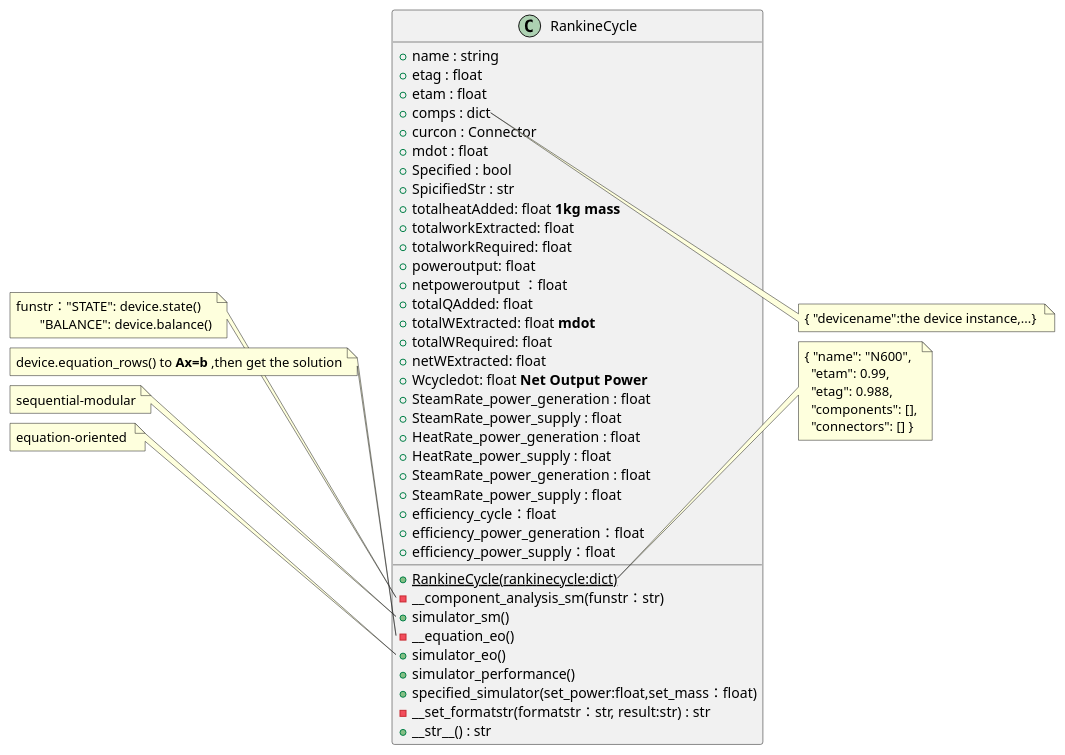
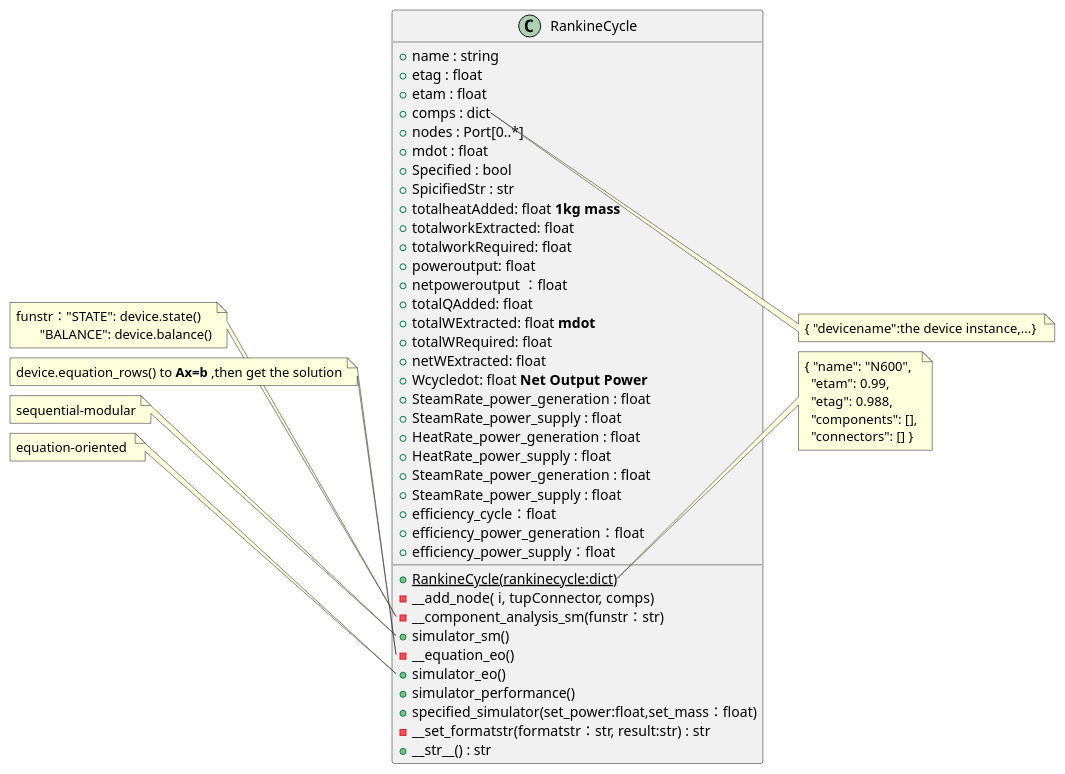
One commit to thermalogic/PyRankine changed the diagram in uml/RankineCycle.puml. Above: the diagram before and after it, drawn with PlantUML. The commit also changed 6 other files, not shown here.

```diff
--- a/uml/RankineCycle.puml
+++ b/uml/RankineCycle.puml
@@ -1,63 +1,64 @@
 @startuml
 class RankineCycle{
     + name : string 
     + etag : float
     + etam : float
     + comps : dict
-    + curcon : Connector 
+    + nodes : Port[0..*] 
     + mdot : float 
     + Specified : bool
     + SpicifiedStr : str
     + totalheatAdded: float **1kg mass**
     + totalworkExtracted: float
     + totalworkRequired: float
     + poweroutput: float
     + netpoweroutput ：float
     + totalQAdded: float
     + totalWExtracted: float **mdot**
     + totalWRequired: float
     + netWExtracted: float
     + Wcycledot: float **Net Output Power**
     + SteamRate_power_generation : float  
     + SteamRate_power_supply : float
     + HeatRate_power_generation : float  
     + HeatRate_power_supply : float
     + SteamRate_power_generation : float  
     + SteamRate_power_supply : float
     + efficiency_cycle：float
     + efficiency_power_generation：float
     + efficiency_power_supply：float
     + {static} RankineCycle(rankinecycle:dict)
+    - __add_node( i, tupConnector, comps)
     - __component_analysis_sm(funstr：str)
     + simulator_sm()
     - __equation_eo()
     + simulator_eo()
     + simulator_performance()
     + specified_simulator(set_power:float,set_mass：float)
     - __set_formatstr(formatstr：str, result:str) : str
     +__str__() : str
 }
 note left of RankineCycle::component_analysis_sm
    funstr："STATE": device.state()
           "BALANCE": device.balance()
 end note
 note left of RankineCycle::equation_eo
    device.equation_rows() to **Ax=b** ,then get the solution
 end note
 note left of RankineCycle::simulator_sm
    sequential-modular
 end note
 note left of RankineCycle::simulator_eo
     equation-oriented 
 end note
 note right of RankineCycle::comps
   { "devicename":the device instance,...} 
 end note
 note right of RankineCycle::RankineCycle
   { "name": "N600",
     "etam": 0.99,
     "etag": 0.988,
     "components": [],
     "connectors": [] } 
 end note
 @enduml
```
